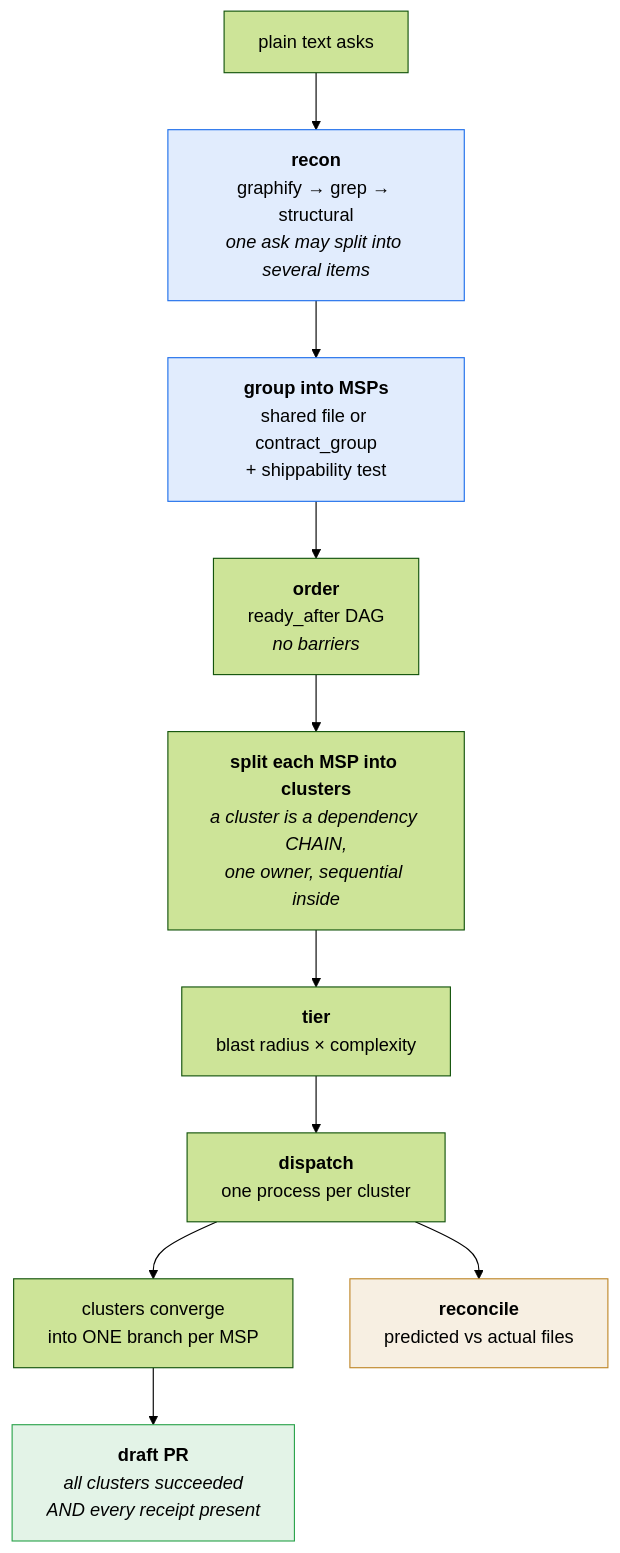
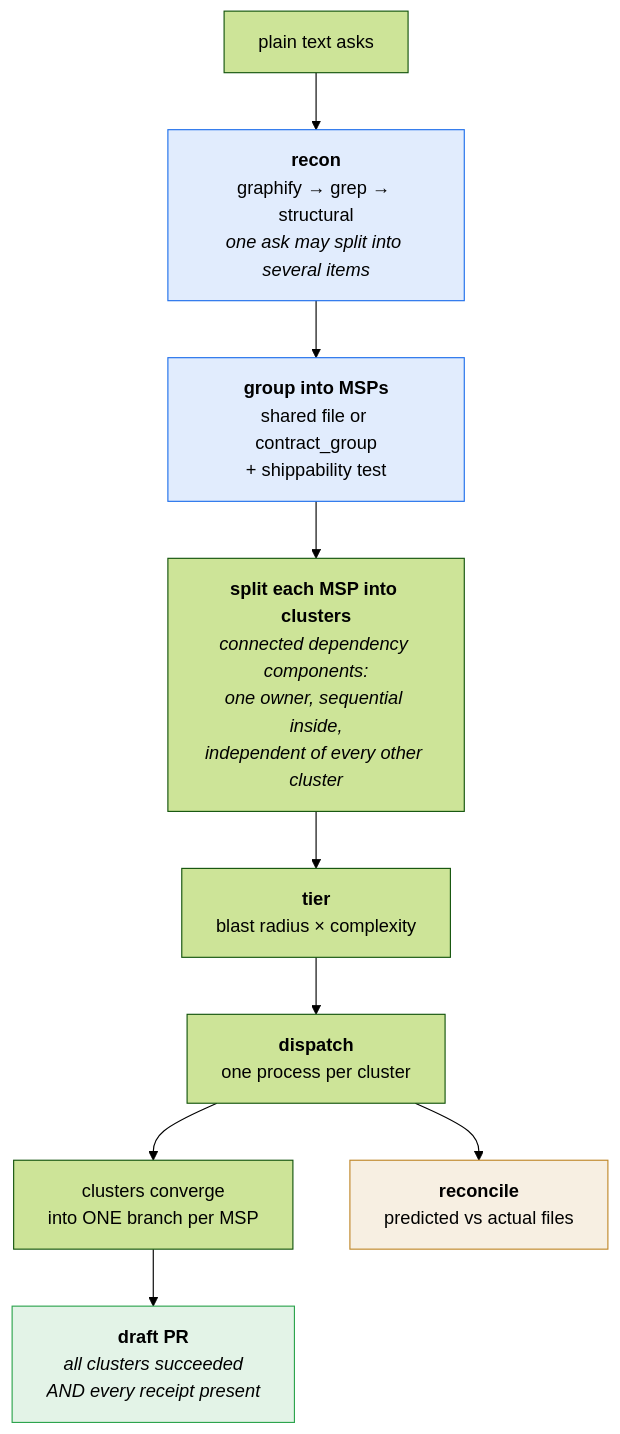
The diagram in SPEC.md (shaheershoaib/fanout), drawn with Mermaid (forest theme) before and after one commit. The commit also changed other lines of this file, not shown here.

First line of the commit message:
docs(spec): remove scheduling entirely - clusters are connected components

````diff
--- a/SPEC.md
+++ b/SPEC.md
@@ -55,17 +55,16 @@
 ```mermaid
 flowchart TB
   A["plain text asks"] --> R["<b>recon</b><br/>graphify → grep → structural<br/><i>one ask may split into several items</i>"]
   R --> G["<b>group into MSPs</b><br/>shared file or contract_group<br/>+ shippability test"]
-  G --> W["<b>order</b><br/>ready_after DAG<br/><i>no barriers</i>"]
-  W --> S["<b>split each MSP into clusters</b><br/><i>a cluster is a dependency CHAIN,<br/>one owner, sequential inside</i>"]
+  G --> S["<b>split each MSP into clusters</b><br/><i>connected dependency components:<br/>one owner, sequential inside,<br/>independent of every other cluster</i>"]
   S --> T["<b>tier</b><br/>blast radius × complexity"]
   T --> D["<b>dispatch</b><br/>one process per cluster"]
   D --> B["clusters converge<br/>into ONE branch per MSP"]
   B --> P["<b>draft PR</b><br/><i>all clusters succeeded<br/>AND every receipt present</i>"]
   D --> C["<b>reconcile</b><br/>predicted vs actual files"]
 
   style R fill:#1f6feb22,stroke:#1f6feb
   style G fill:#1f6feb22,stroke:#1f6feb
   style P fill:#2da44e22,stroke:#2da44e
   style C fill:#bf872922,stroke:#bf8729
 ```
````
